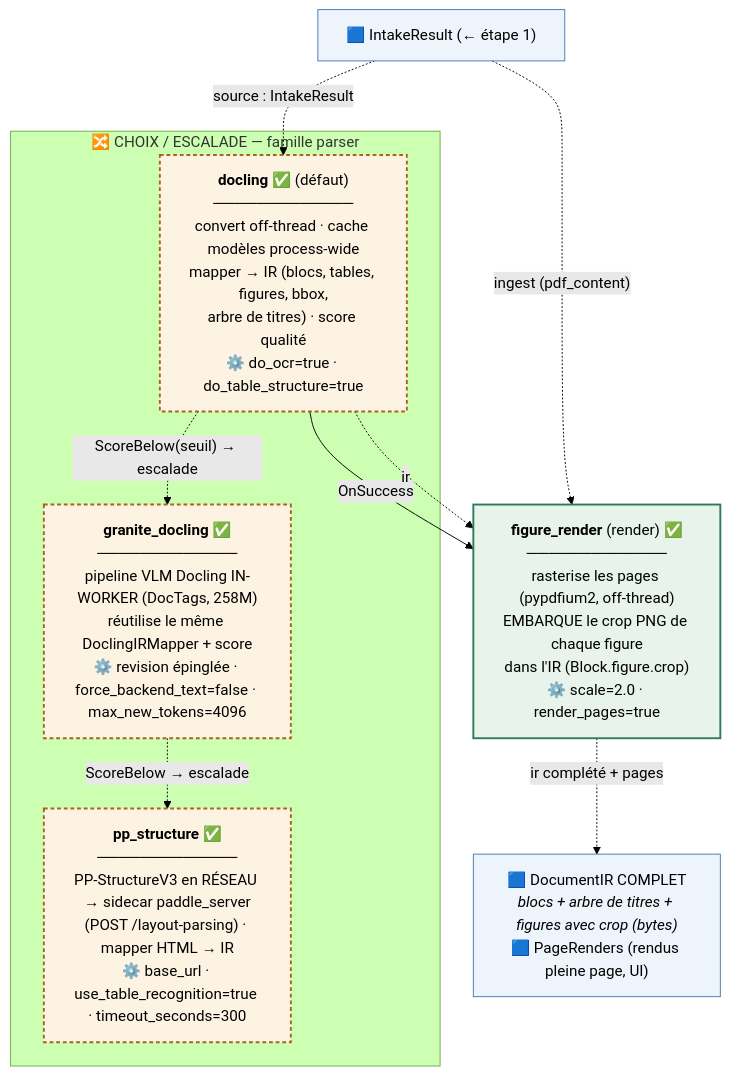
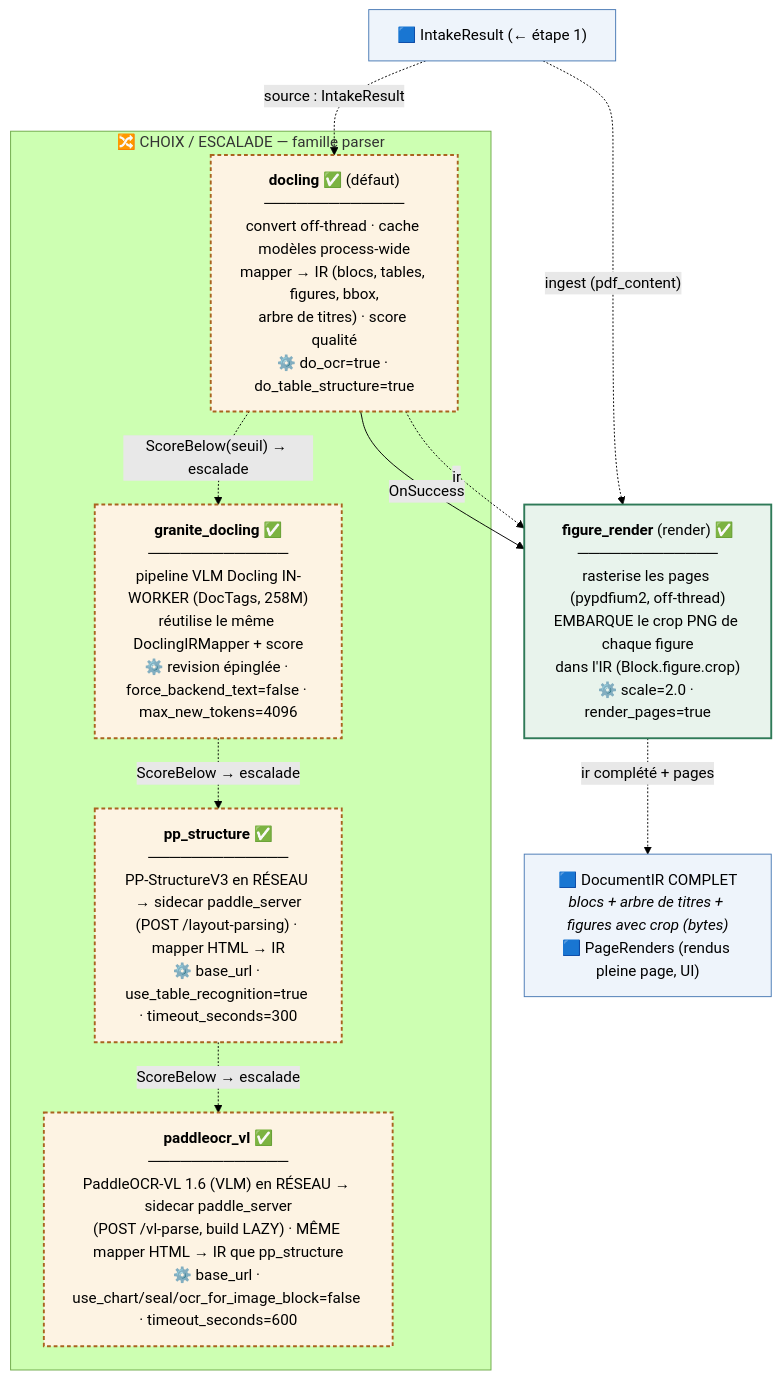
One commit to Florian-BARRE/DocForge changed the third of 4 diagrams in src/docforge/PIPELINE.md. Above: the diagram before and after it, drawn with Mermaid (forest theme). The commit also changed other lines of this file and 21 other files, not shown here.

First line of the commit message:
feat(parser): add PaddleOCR-VL 1.6 brick (CPU+GPU, off-by-default escalation head)

````diff
--- a/src/docforge/PIPELINE.md
+++ b/src/docforge/PIPELINE.md
@@ -154,26 +154,28 @@
 ```mermaid
 flowchart TB
     classDef artefact fill:#eef4fb,stroke:#4a7ab5,stroke-width:1px
     classDef node fill:#e8f3ec,stroke:#2f7a58,stroke-width:2px
     classDef choice fill:#fdf3e3,stroke:#a9631f,stroke-width:2px,stroke-dasharray: 4 3
 
     IN["🟦 IntakeResult (← étape 1)"]:::artefact
 
     subgraph PARS["🔀 CHOIX / ESCALADE — famille parser"]
         DOC["<b>docling</b> ✅ (défaut)<br/>─────────────<br/>convert off-thread · cache modèles process-wide<br/>mapper → IR (blocs, tables, figures, bbox,<br/>arbre de titres) · score qualité<br/>⚙️ do_ocr=true · do_table_structure=true"]:::choice
         GRA["<b>granite_docling</b> ✅<br/>─────────────<br/>pipeline VLM Docling IN-WORKER (DocTags, 258M)<br/>réutilise le même DoclingIRMapper + score<br/>⚙️ revision épinglée · force_backend_text=false · max_new_tokens=4096"]:::choice
         PPS["<b>pp_structure</b> ✅<br/>─────────────<br/>PP-StructureV3 en RÉSEAU → sidecar paddle_server<br/>(POST /layout-parsing) · mapper HTML → IR<br/>⚙️ base_url · use_table_recognition=true · timeout_seconds=300"]:::choice
+        VL["<b>paddleocr_vl</b> ✅<br/>─────────────<br/>PaddleOCR-VL 1.6 (VLM) en RÉSEAU → sidecar paddle_server<br/>(POST /vl-parse, build LAZY) · MÊME mapper HTML → IR que pp_structure<br/>⚙️ base_url · use_chart/seal/ocr_for_image_block=false · timeout_seconds=600"]:::choice
         DOC -. "ScoreBelow(seuil) → escalade" .-> GRA
         GRA -. "ScoreBelow → escalade" .-> PPS
+        PPS -. "ScoreBelow → escalade" .-> VL
     end
 
     FR["<b>figure_render</b> (render) ✅<br/>─────────────<br/>rasterise les pages (pypdfium2, off-thread)<br/>EMBARQUE le crop PNG de chaque figure<br/>dans l'IR (Block.figure.crop)<br/>⚙️ scale=2.0 · render_pages=true"]:::node
 
     OUT2["🟦 DocumentIR COMPLET<br/><i>blocs + arbre de titres + figures avec crop (bytes)</i><br/>🟦 PageRenders (rendus pleine page, UI)"]:::artefact
 
     IN -.->|"source : IntakeResult"| DOC
     DOC -->|"OnSuccess"| FR
     DOC -.->|"ir"| FR
     IN -.->|"ingest (pdf_content)"| FR
     FR -.->|"ir complété + pages"| OUT2
 ```
````
